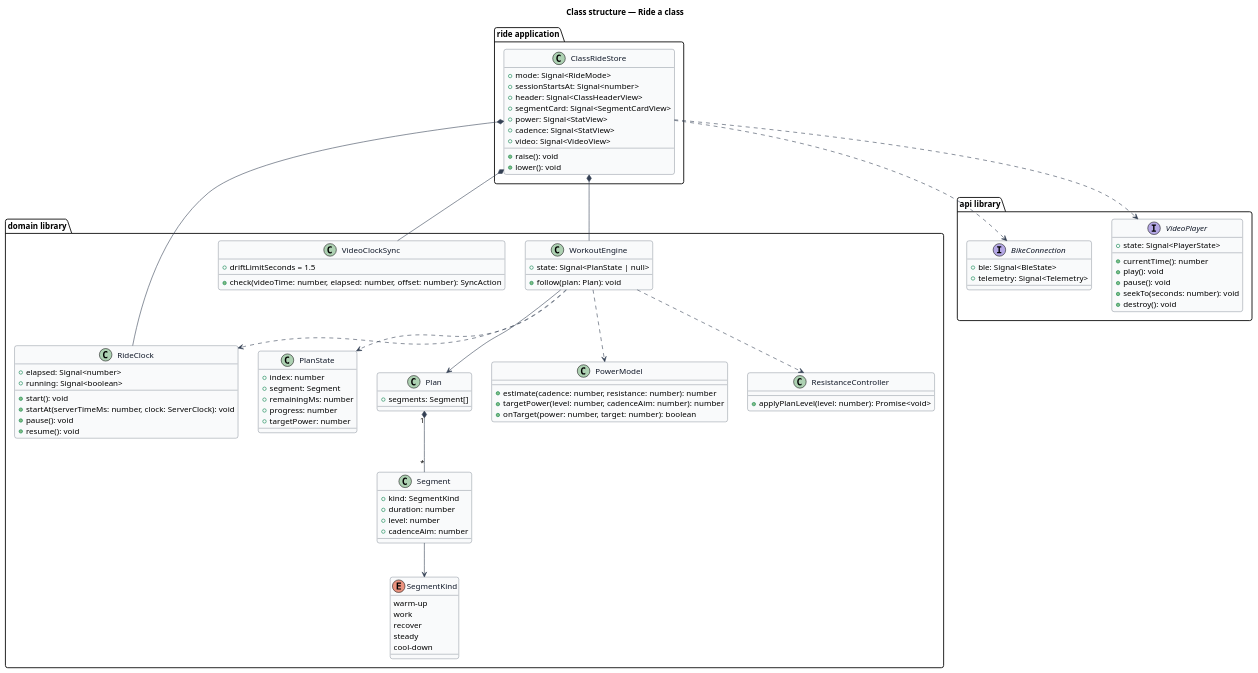
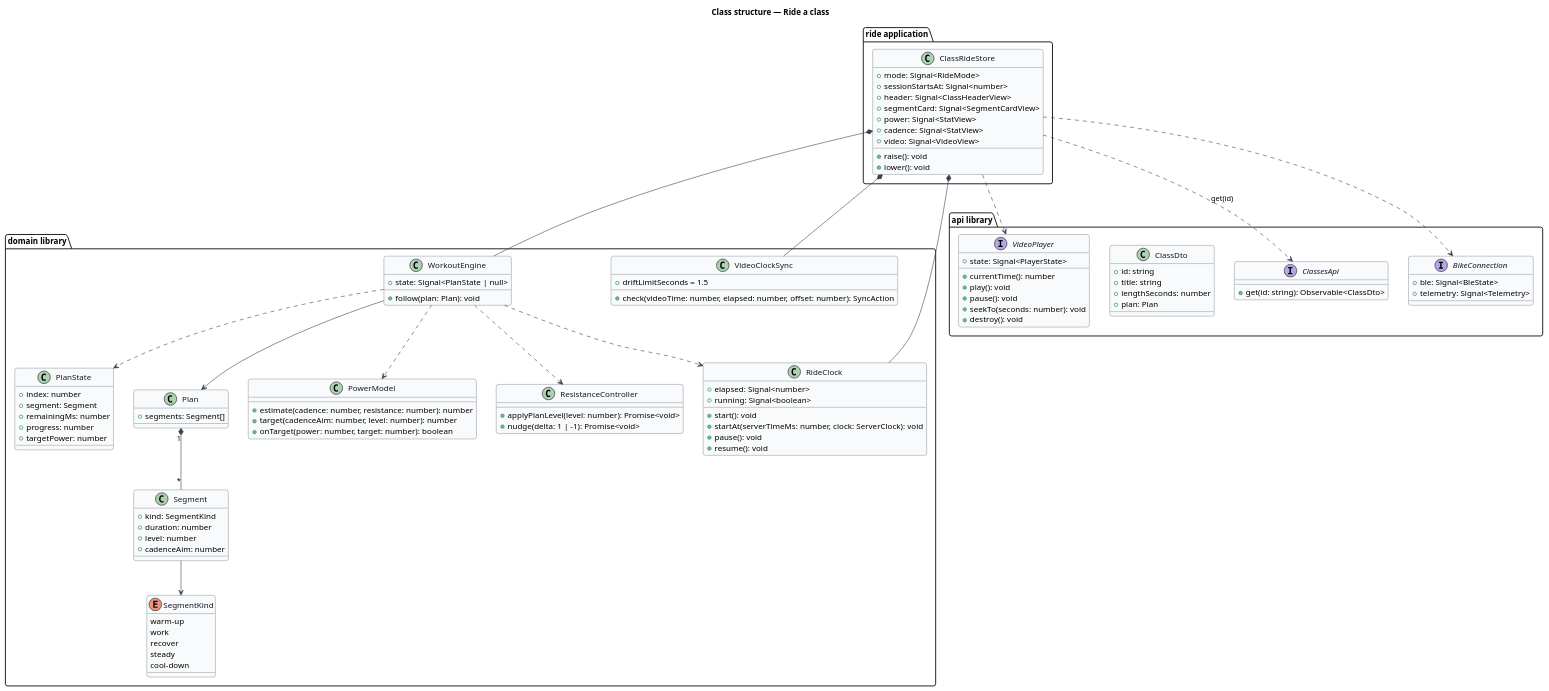
Before and after one commit to QuinntyneBrown/ride-one: the diagram in docs/detailed-designs/classes/ride-a-class/diagrams/class-structure.puml, drawn with PlantUML. The commit also changed 3 other files, not shown here.

```diff
--- a/docs/detailed-designs/classes/ride-a-class/diagrams/class-structure.puml
+++ b/docs/detailed-designs/classes/ride-a-class/diagrams/class-structure.puml
@@ -1,104 +1,115 @@
 @startuml
 ' --- shared skin header ---
 skinparam backgroundColor #FFFFFF
 skinparam shadowing false
 skinparam roundcorner 8
 skinparam defaultFontName Arial
 skinparam ArrowColor #344054
 skinparam class {
   BorderColor #344054
   FontColor #101828
   BackgroundColor #F9FAFB
 }
 ' --------------------------
 title Class structure — Ride a class
 
 package "domain library" {
   class RideClock {
     +elapsed: Signal<number>
     +running: Signal<boolean>
     +start(): void
     +startAt(serverTimeMs: number, clock: ServerClock): void
     +pause(): void
     +resume(): void
   }
   class WorkoutEngine {
     +state: Signal<PlanState | null>
     +follow(plan: Plan): void
   }
   class PlanState {
     +index: number
     +segment: Segment
     +remainingMs: number
     +progress: number
     +targetPower: number
   }
   class Plan {
     +segments: Segment[]
   }
   class Segment {
     +kind: SegmentKind
     +duration: number
     +level: number
     +cadenceAim: number
   }
   enum SegmentKind {
     warm-up
     work
     recover
     steady
     cool-down
   }
   class PowerModel {
     +estimate(cadence: number, resistance: number): number
-    +targetPower(level: number, cadenceAim: number): number
+    +target(cadenceAim: number, level: number): number
     +onTarget(power: number, target: number): boolean
   }
   class VideoClockSync {
     +driftLimitSeconds = 1.5
     +check(videoTime: number, elapsed: number, offset: number): SyncAction
   }
   class ResistanceController {
     +applyPlanLevel(level: number): Promise<void>
+    +nudge(delta: 1 | -1): Promise<void>
   }
 }
 package "api library" {
   interface VideoPlayer {
     +state: Signal<PlayerState>
     +currentTime(): number
     +play(): void
     +pause(): void
     +seekTo(seconds: number): void
     +destroy(): void
+  }
+  interface ClassesApi {
+    +get(id: string): Observable<ClassDto>
+  }
+  class ClassDto {
+    +id: string
+    +title: string
+    +lengthSeconds: number
+    +plan: Plan
   }
   interface BikeConnection {
     +ble: Signal<BleState>
     +telemetry: Signal<Telemetry>
   }
 }
 package "ride application" {
   class ClassRideStore {
     +mode: Signal<RideMode>
     +sessionStartsAt: Signal<number>
     +header: Signal<ClassHeaderView>
     +segmentCard: Signal<SegmentCardView>
     +power: Signal<StatView>
     +cadence: Signal<StatView>
     +video: Signal<VideoView>
     +raise(): void
     +lower(): void
   }
 }
 ClassRideStore *-- WorkoutEngine
 ClassRideStore *-- RideClock
 ClassRideStore *-- VideoClockSync
 ClassRideStore ..> VideoPlayer
 ClassRideStore ..> BikeConnection
+ClassRideStore ..> ClassesApi : get(id)
 WorkoutEngine --> Plan
 WorkoutEngine ..> PlanState
 WorkoutEngine ..> RideClock
 WorkoutEngine ..> PowerModel
 WorkoutEngine ..> ResistanceController
 Plan "1" *-- "*" Segment
 Segment --> SegmentKind
 @enduml
```
